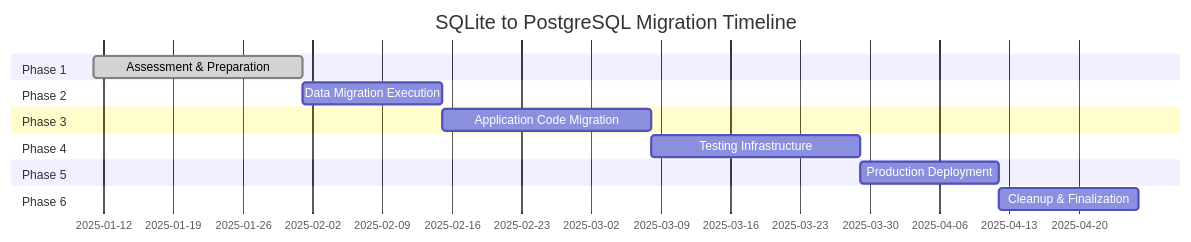
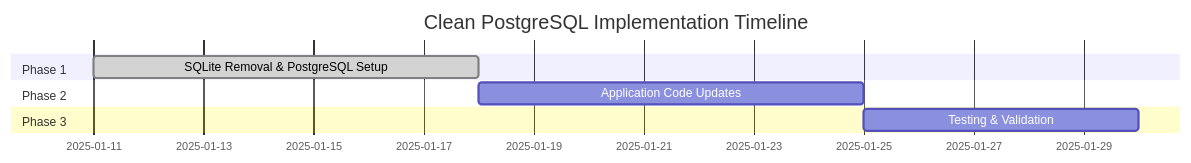
The first of 2 diagrams in docs/plan/sqlite-removal/README.md (hyperpage/hyperpage), drawn with Mermaid before and after one commit. The commit also changed other lines of this file and 12 other files, not shown here.

Commit message:
docs: rethink the sqlite removal

````diff
--- a/docs/plan/sqlite-removal/README.md
+++ b/docs/plan/sqlite-removal/README.md
@@ -81,17 +69,11 @@
 ```mermaid
 gantt
-    title SQLite to PostgreSQL Migration Timeline
+    title Clean PostgreSQL Implementation Timeline
     dateFormat  YYYY-MM-DD
     section Phase 1
-    Assessment & Preparation    :done, p1, 2025-01-11, 3w
+    SQLite Removal & PostgreSQL Setup :done, p1, 2025-01-11, 1w
     section Phase 2
-    Data Migration Execution    :p2, after p1, 2w
+    Application Code Updates :p2, after p1, 1w
     section Phase 3
-    Application Code Migration  :p3, after p2, 3w
-    section Phase 4
-    Testing Infrastructure      :p4, after p3, 3w
-    section Phase 5
-    Production Deployment       :p5, after p4, 2w
-    section Phase 6
-    Cleanup & Finalization      :p6, after p5, 2w
+    Testing & Validation :p3, after p2, 5d
 ```
````
